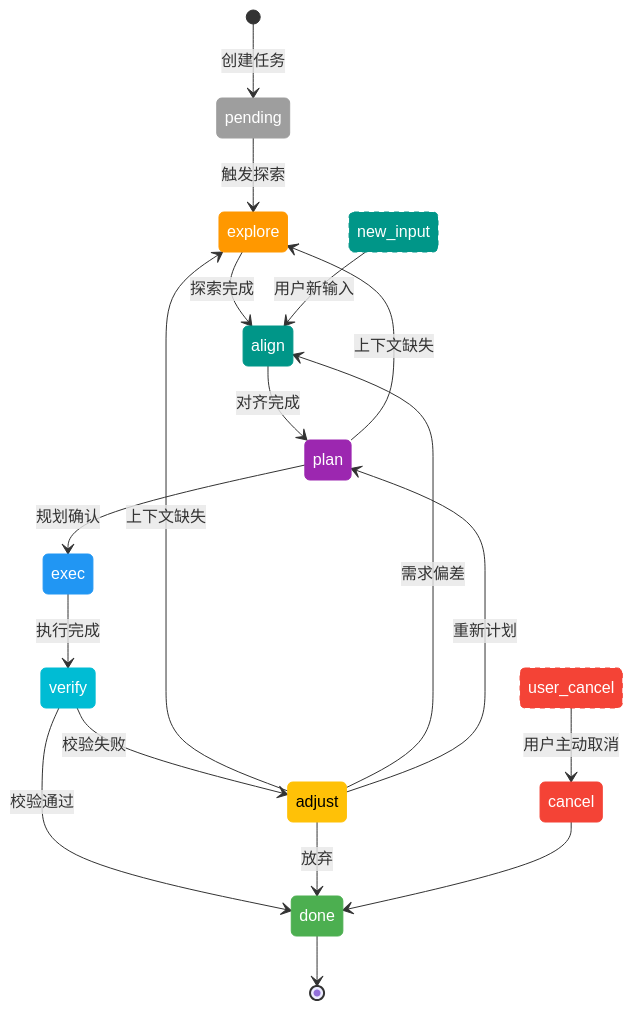
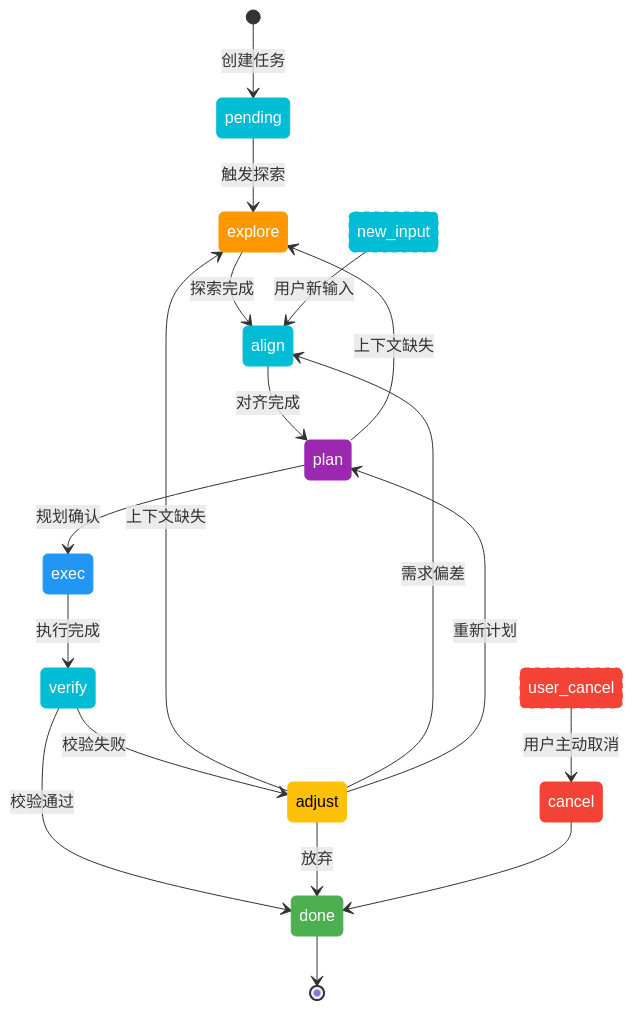
Before and after one commit to lazygophers/ccplugin: the diagram in plugins/tools/task/docs/状态管理.md, drawn with Mermaid. The commit also changed 8 other files, not shown here.

````diff
--- a/plugins/tools/task/docs/状态管理.md
+++ b/plugins/tools/task/docs/状态管理.md
@@ -19,41 +19,41 @@
 ```mermaid
 stateDiagram-v2
     [*] --> pending: 创建任务
     pending --> explore: 触发探索
 
     explore --> align: 探索完成
 
     align --> plan: 对齐完成
 
     plan --> exec: 规划确认
     plan --> explore: 上下文缺失
 
     exec --> verify: 执行完成
 
     verify --> done: 校验通过
     verify --> adjust: 校验失败
 
     adjust --> explore: 上下文缺失
     adjust --> align: 需求偏差
     adjust --> plan: 重新计划
     adjust --> done: 放弃
 
     user_cancel --> cancel: 用户主动取消
     cancel --> done
 
     new_input --> align: 用户新输入
 
     done -->[*]
 
-    style pending fill:#9E9E9E,stroke:#9E9E9E,color:#fff
+    style pending fill:#00BCD4,stroke:#00BCD4,color:#fff
     style explore fill:#FF9800,stroke:#FF9800,color:#fff
-    style align fill:#009688,stroke:#009688,color:#fff
+    style align fill:#00BCD4,stroke:#00BCD4,color:#fff
     style plan fill:#9C27B0,stroke:#9C27B0,color:#fff
     style exec fill:#2196F3,stroke:#2196F3,color:#fff
     style verify fill:#00BCD4,stroke:#00BCD4,color:#fff
     style adjust fill:#FFC107,stroke:#FFC107,color:#000
     style done fill:#4CAF50,stroke:#4CAF50,color:#fff
     style cancel fill:#F44336,stroke:#F44336,color:#fff
     style user_cancel fill:#F44336,stroke:#F44336,color:#fff,stroke-dasharray:5
-    style new_input fill:#009688,stroke:#009688,color:#fff,stroke-dasharray:5
+    style new_input fill:#00BCD4,stroke:#00BCD4,color:#fff,stroke-dasharray:5
 ```
````
